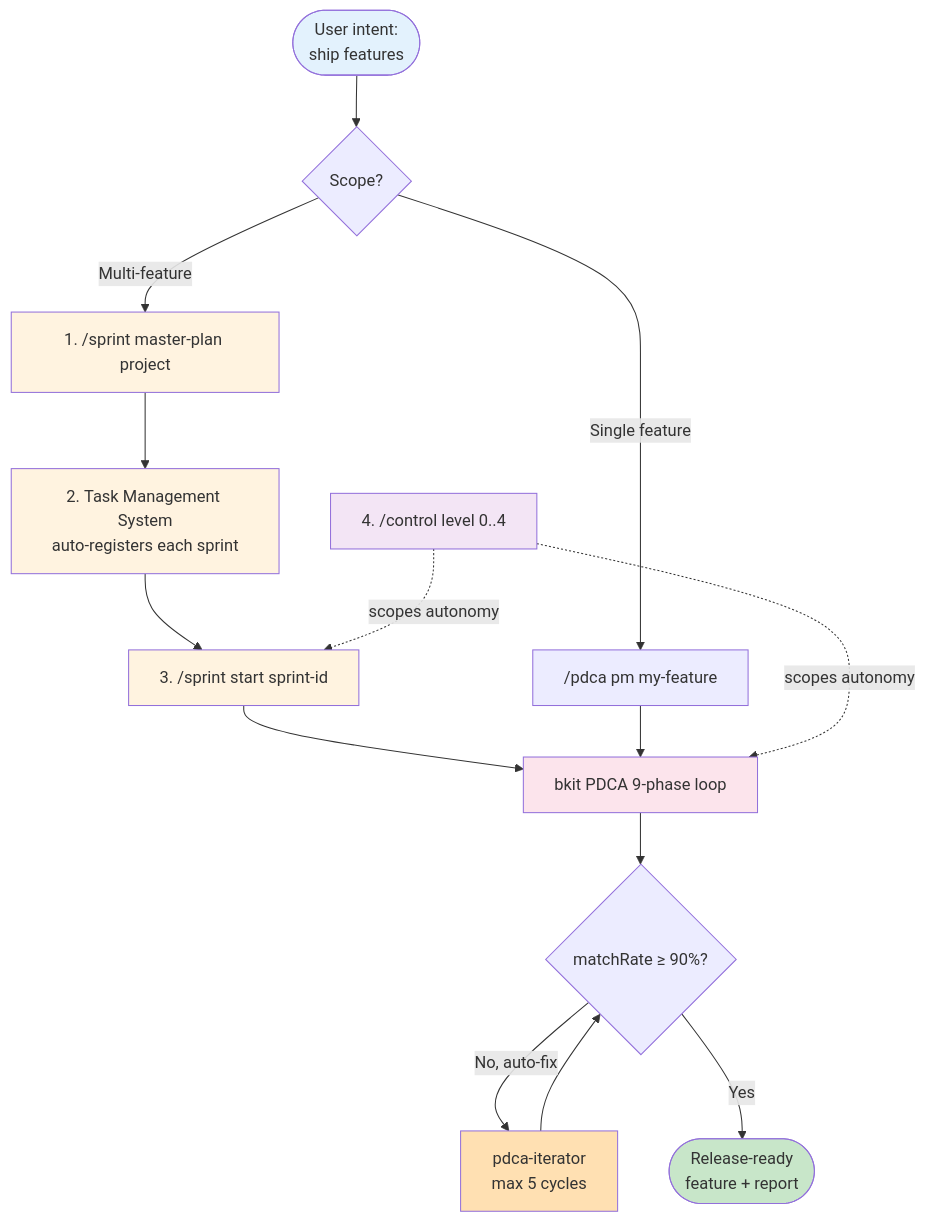
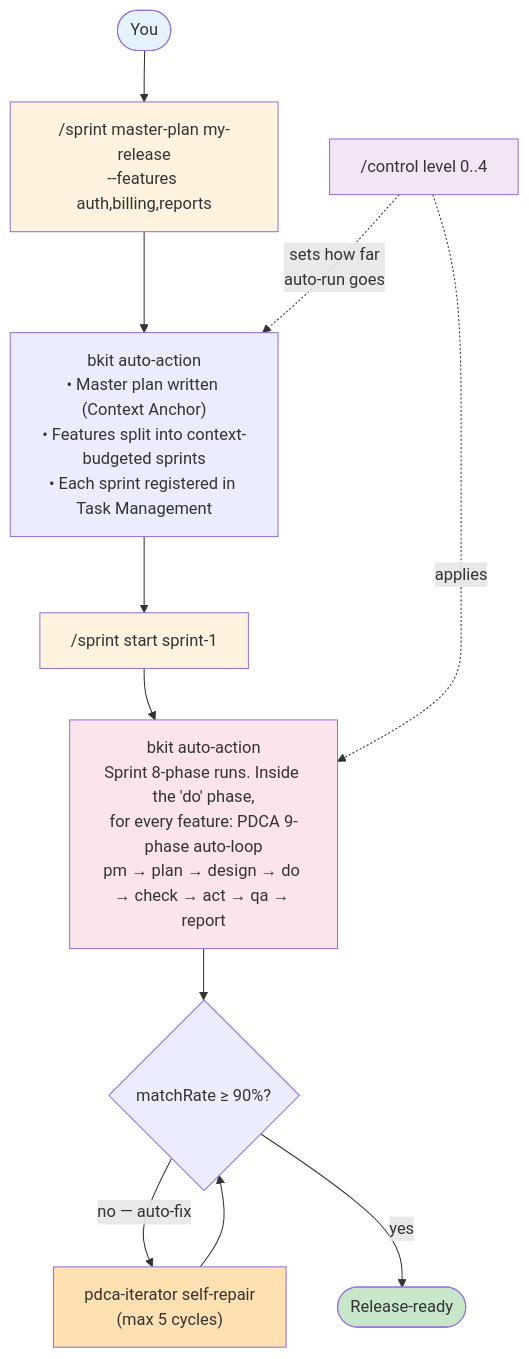
One commit to Stars1233/bkit-claude-code changed the diagram in README.md. Above: the diagram before and after it, drawn with Mermaid. The commit also changed other lines of this file and 1 other file, not shown here.

````diff
--- a/README.md
+++ b/README.md
@@ -22,26 +26,22 @@
 ```mermaid
 flowchart TB
-    Start(["User intent:<br/>ship features"])
-    Start --> Choice{"Scope?"}
-    Choice -- "Multi-feature" --> SM["1.&nbsp;/sprint master-plan project"]
-    SM --> Tasks["2.&nbsp;Task Management System<br/>auto-registers each sprint"]
-    Tasks --> SS["3.&nbsp;/sprint start sprint-id"]
-    SS --> PDCA["bkit PDCA 9-phase loop"]
-    Choice -- "Single feature" --> Direct["/pdca pm my-feature"]
-    Direct --> PDCA
-    PDCA --> Iter{"matchRate &ge; 90%?"}
-    Iter -- "No, auto-fix" --> Heal["pdca-iterator<br/>max 5 cycles"]
-    Heal --> Iter
-    Iter -- "Yes" --> Done(["Release-ready<br/>feature + report"])
-    Control["4.&nbsp;/control level 0..4"] -.->|"scopes autonomy"| SS
-    Control -.->|"scopes autonomy"| PDCA
+    You(["You"])
+    You --> SM["/sprint master-plan my-release<br/>--features auth,billing,reports"]
+    SM --> Auto1["bkit auto-action<br/>• Master plan written (Context Anchor)<br/>• Features split into context-budgeted sprints<br/>• Each sprint registered in Task Management"]
+    Auto1 --> SS["/sprint start sprint-1"]
+    SS --> Auto2["bkit auto-action<br/>Sprint 8-phase runs. Inside the 'do' phase,<br/>for every feature: PDCA 9-phase auto-loop<br/>pm → plan → design → do → check → act → qa → report"]
+    Auto2 --> Gate{"matchRate &ge; 90%?"}
+    Gate -- "no — auto-fix" --> Iter["pdca-iterator self-repair<br/>(max 5 cycles)"]
+    Iter --> Gate
+    Gate -- "yes" --> Done(["Release-ready"])
+    Ctrl["/control level 0..4"] -.->|"sets how far<br/>auto-run goes"| Auto1
+    Ctrl -.->|"applies"| Auto2
 
-    style Start fill:#e3f2fd
+    style You fill:#e3f2fd
     style SM fill:#fff3e0
-    style Tasks fill:#fff3e0
     style SS fill:#fff3e0
-    style PDCA fill:#fce4ec
-    style Heal fill:#ffe0b2
+    style Auto2 fill:#fce4ec
+    style Iter fill:#ffe0b2
     style Done fill:#c8e6c9
-    style Control fill:#f3e5f5
+    style Ctrl fill:#f3e5f5
 ```
````
